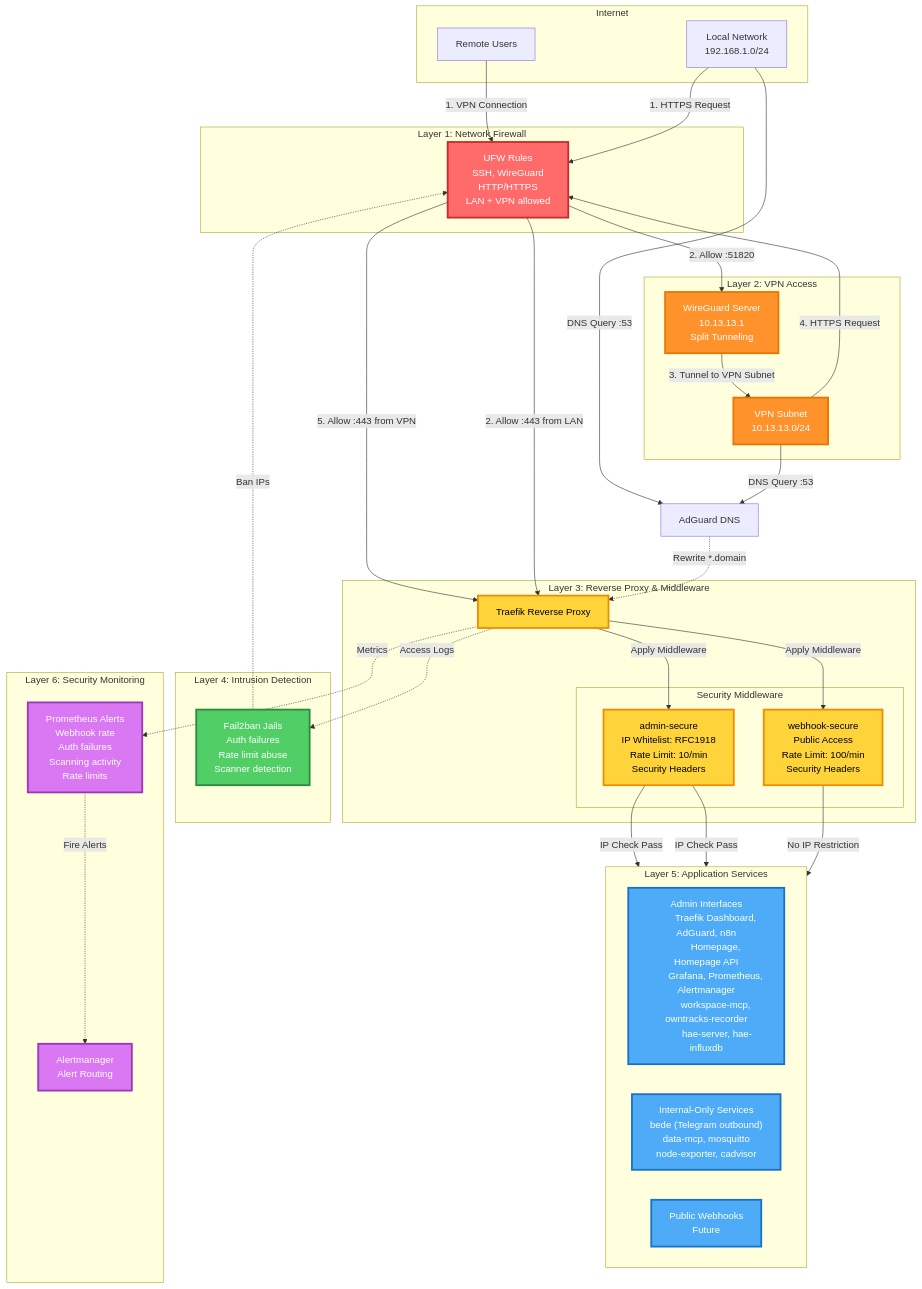
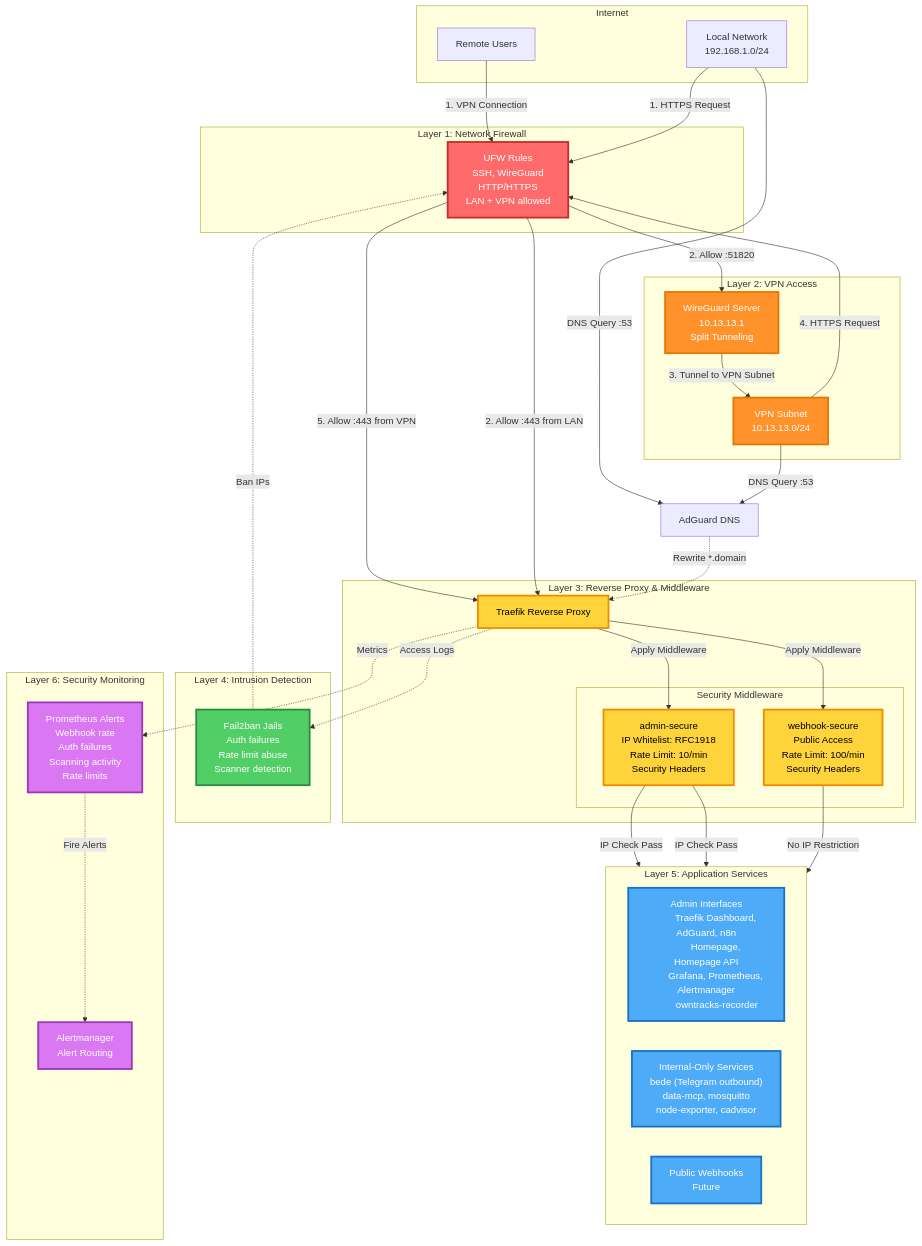
Before and after one commit to josephradford/home-server-stack: the second of 5 diagrams in ARCHITECTURE.md, drawn with Mermaid. The commit also changed other lines of this file and 5 other files, not shown here.

First line of the commit message:
chore: remove stale health, workspace-mcp, and monolith bede references

```diff
--- a/ARCHITECTURE.md
+++ b/ARCHITECTURE.md
@@ -268,8 +246,7 @@
         Traefik Dashboard, AdGuard, n8n
         Homepage, Homepage API
         Grafana, Prometheus, Alertmanager
-        workspace-mcp, owntracks-recorder
-        hae-server, hae-influxdb"]
+        owntracks-recorder"]
         Internal["Internal-Only Services
         bede (Telegram outbound)
         data-mcp, mosquitto
```
